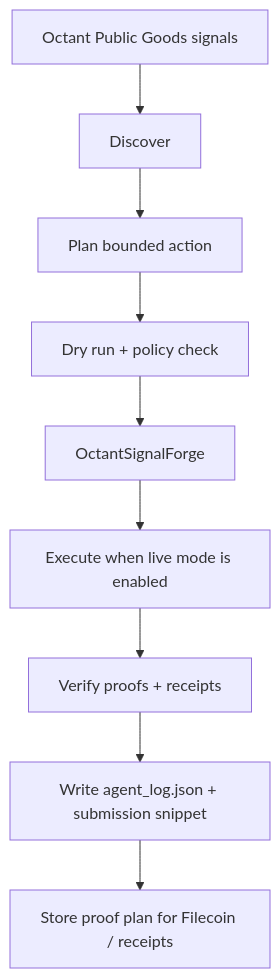
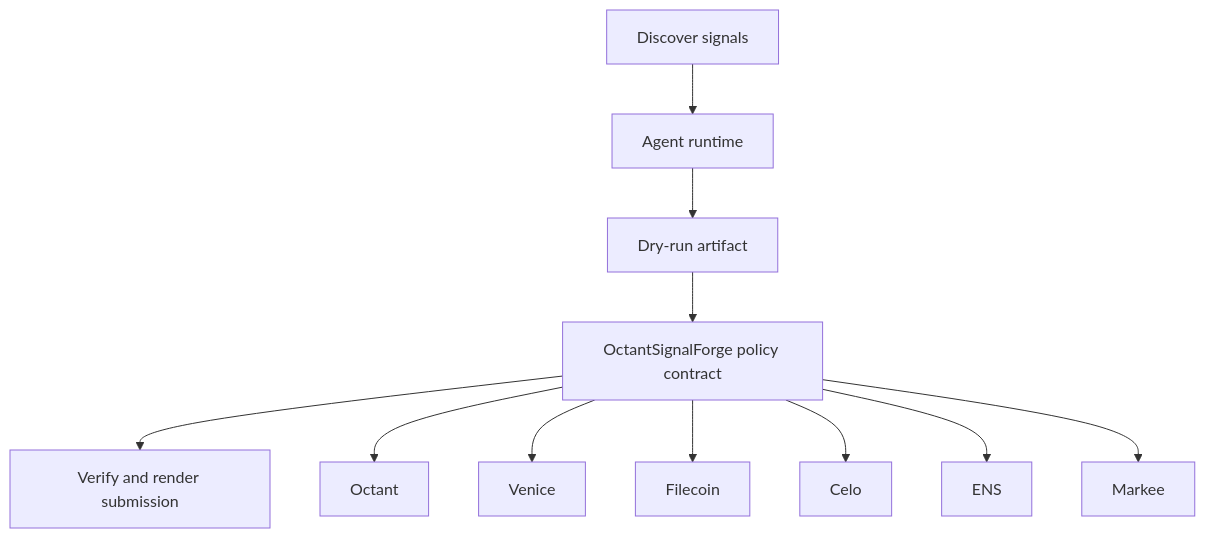
Before and after one commit to CrystallineButterfly/Synthesis-Octant: the diagram in README.md, drawn with Mermaid. The commit also changed other lines of this file and 998 other files, not shown here.

Commit message:
Implement bounded agent runtime

````diff
--- a/README.md
+++ b/README.md
@@ -30,11 +26,15 @@
-        ```mermaid
-        flowchart TD
-    Signals[Octant Public Goods signals] --> Discover[Discover]
-    Discover --> Plan[Plan bounded action]
-    Plan --> DryRun[Dry run + policy check]
-    DryRun --> Guard[OctantSignalForge]
-    Guard --> Execute[Execute when live mode is enabled]
-    Execute --> Verify[Verify proofs + receipts]
-    Verify --> Persist[Write agent_log.json + submission snippet]
-    Persist --> Storage[Store proof plan for Filecoin / receipts]
-        ```
+```mermaid
+flowchart TD
+    Signals[Discover signals]
+    Planner[Agent runtime]
+    DryRun[Dry-run artifact]
+    Contract[OctantSignalForge policy contract]
+    Verify[Verify and render submission]
+    Signals --> Planner --> DryRun --> Contract --> Verify
+    Contract --> octant[Octant]
+    Contract --> venice[Venice]
+    Contract --> filecoin[Filecoin]
+    Contract --> celo[Celo]
+    Contract --> ens[ENS]
+    Contract --> markee[Markee]
+```
````
